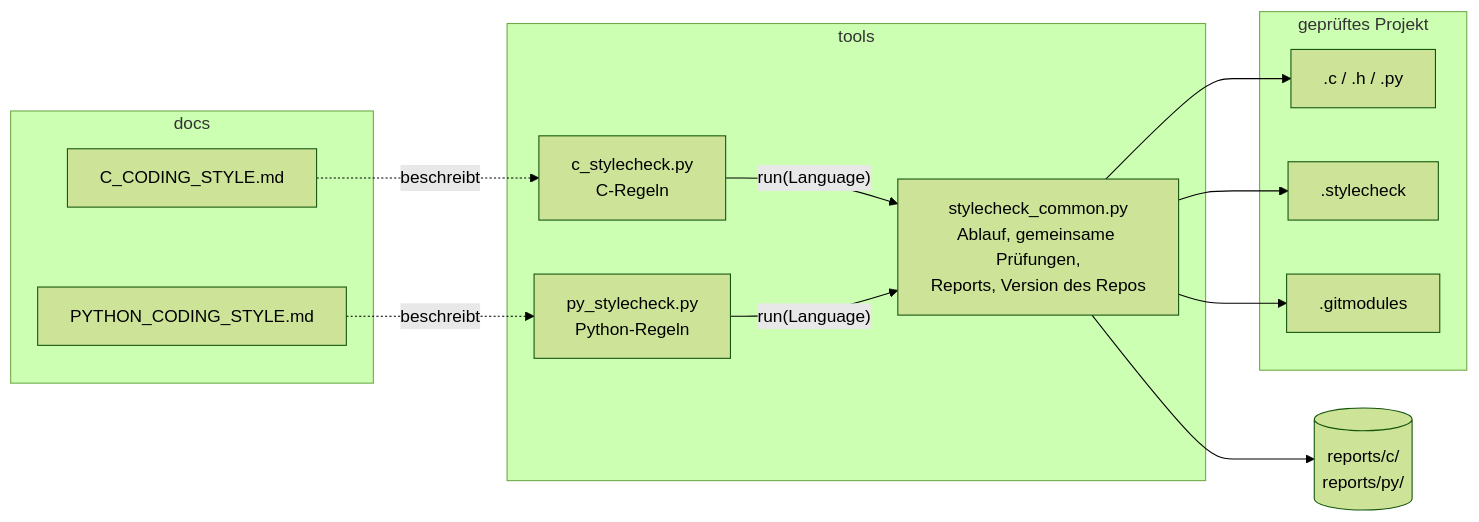
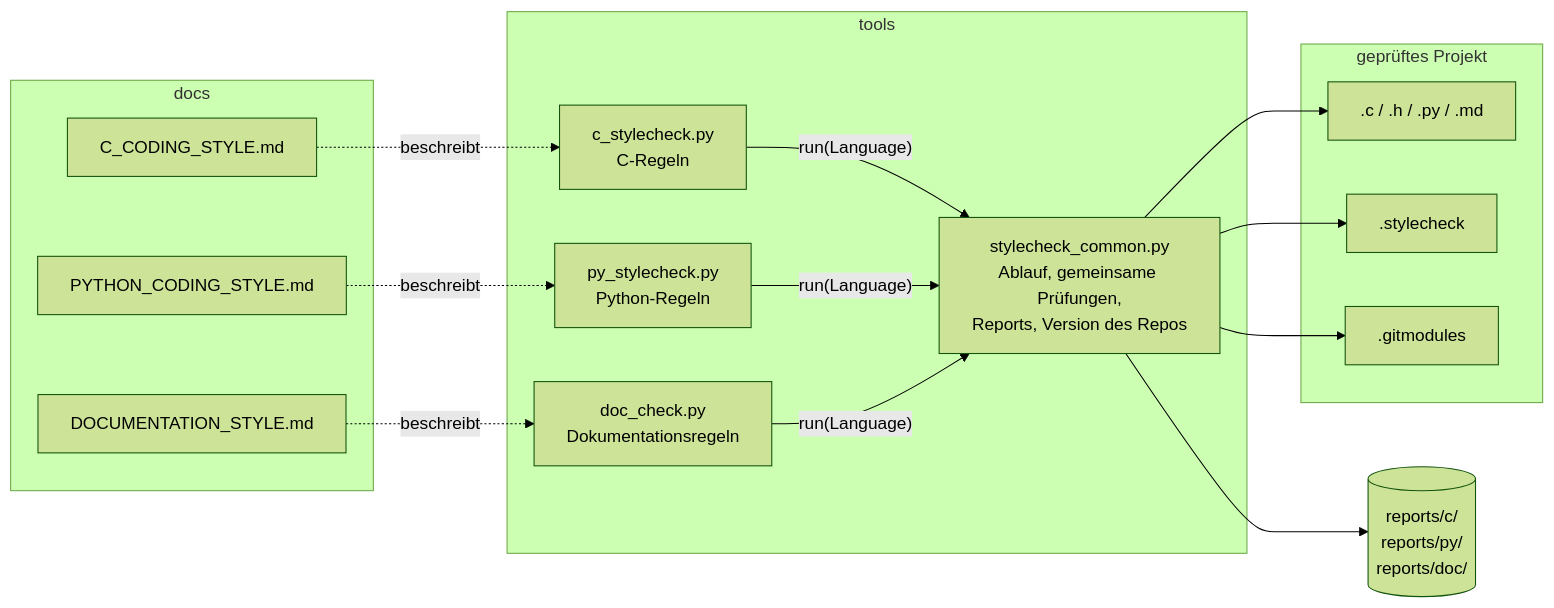
One commit to Diveturtle93/Coding_Styleguide changed the first of 2 diagrams in ARCHITECTURE.md. Above: the diagram before and after it, drawn with Mermaid (forest theme). The commit also changed other lines of this file and 8 other files, not shown here.

````diff
--- a/ARCHITECTURE.md
+++ b/ARCHITECTURE.md
@@ -7,27 +7,31 @@
 ```mermaid
 flowchart LR
     subgraph Regeln[docs]
         CS[C_CODING_STYLE.md]
         PS[PYTHON_CODING_STYLE.md]
+        DS[DOCUMENTATION_STYLE.md]
     end
     subgraph tools
         C[c_stylecheck.py<br/>C-Regeln]
         P[py_stylecheck.py<br/>Python-Regeln]
+        D[doc_check.py<br/>Dokumentationsregeln]
         K[stylecheck_common.py<br/>Ablauf, gemeinsame Prüfungen,<br/>Reports, Version des Repos]
     end
     subgraph Projekt[geprüftes Projekt]
-        SRC[.c / .h / .py]
+        SRC[.c / .h / .py / .md]
         CFG[.stylecheck]
         GM[.gitmodules]
     end
-    R[(reports/c/<br/>reports/py/)]
+    R[(reports/c/<br/>reports/py/<br/>reports/doc/)]
 
     CS -. beschreibt .-> C
     PS -. beschreibt .-> P
+    DS -. beschreibt .-> D
     C -- "run(Language)" --> K
     P -- "run(Language)" --> K
+    D -- "run(Language)" --> K
     K --> SRC
     K --> CFG
     K --> GM
     K --> R
 ```
````
